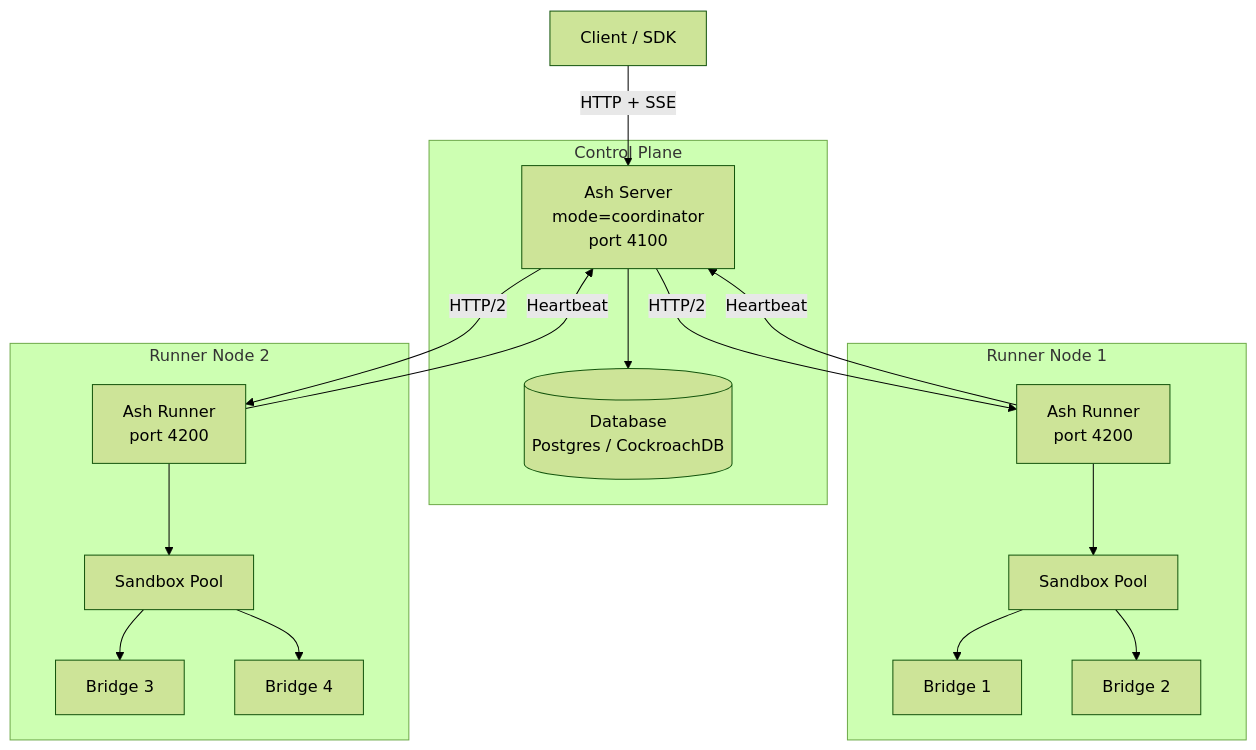
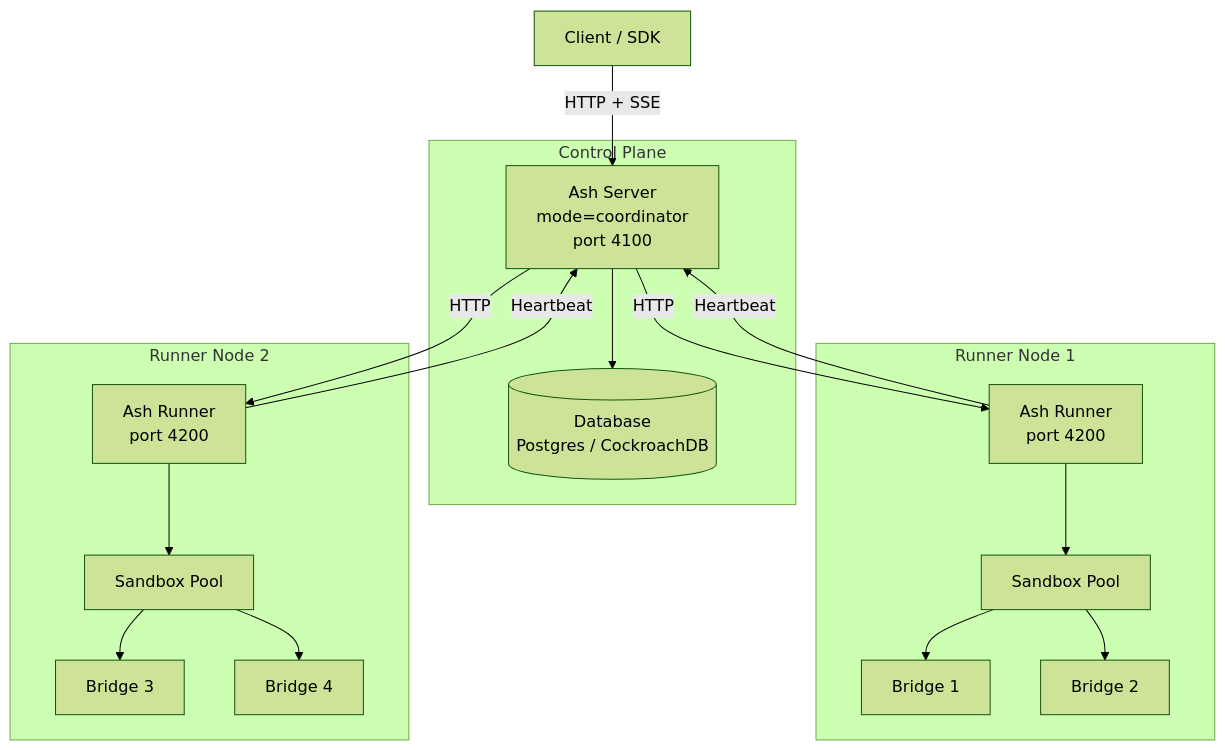
Before and after one commit to ash-ai-org/ash-ai: the first of 2 diagrams in website/docs/self-hosting/multi-machine.md, drawn with Mermaid (forest theme). The commit also changed other lines of this file and 88 other files, not shown here.

````diff
--- a/website/docs/self-hosting/multi-machine.md
+++ b/website/docs/self-hosting/multi-machine.md
@@ -21,29 +21,29 @@
 ```mermaid
 graph TB
     Client[Client / SDK] -->|HTTP + SSE| Coordinator
 
     subgraph Control Plane
         Coordinator[Ash Server<br/>mode=coordinator<br/>port 4100]
         DB[(Database<br/>Postgres / CockroachDB)]
         Coordinator --> DB
     end
 
     subgraph Runner Node 1
         R1[Ash Runner<br/>port 4200]
         R1 --> S1[Sandbox Pool]
         S1 --> B1[Bridge 1]
         S1 --> B2[Bridge 2]
     end
 
     subgraph Runner Node 2
         R2[Ash Runner<br/>port 4200]
         R2 --> S2[Sandbox Pool]
         S2 --> B3[Bridge 3]
         S2 --> B4[Bridge 4]
     end
 
-    Coordinator -->|HTTP/2| R1
-    Coordinator -->|HTTP/2| R2
+    Coordinator -->|HTTP| R1
+    Coordinator -->|HTTP| R2
     R1 -->|Heartbeat| Coordinator
     R2 -->|Heartbeat| Coordinator
 ```
````
